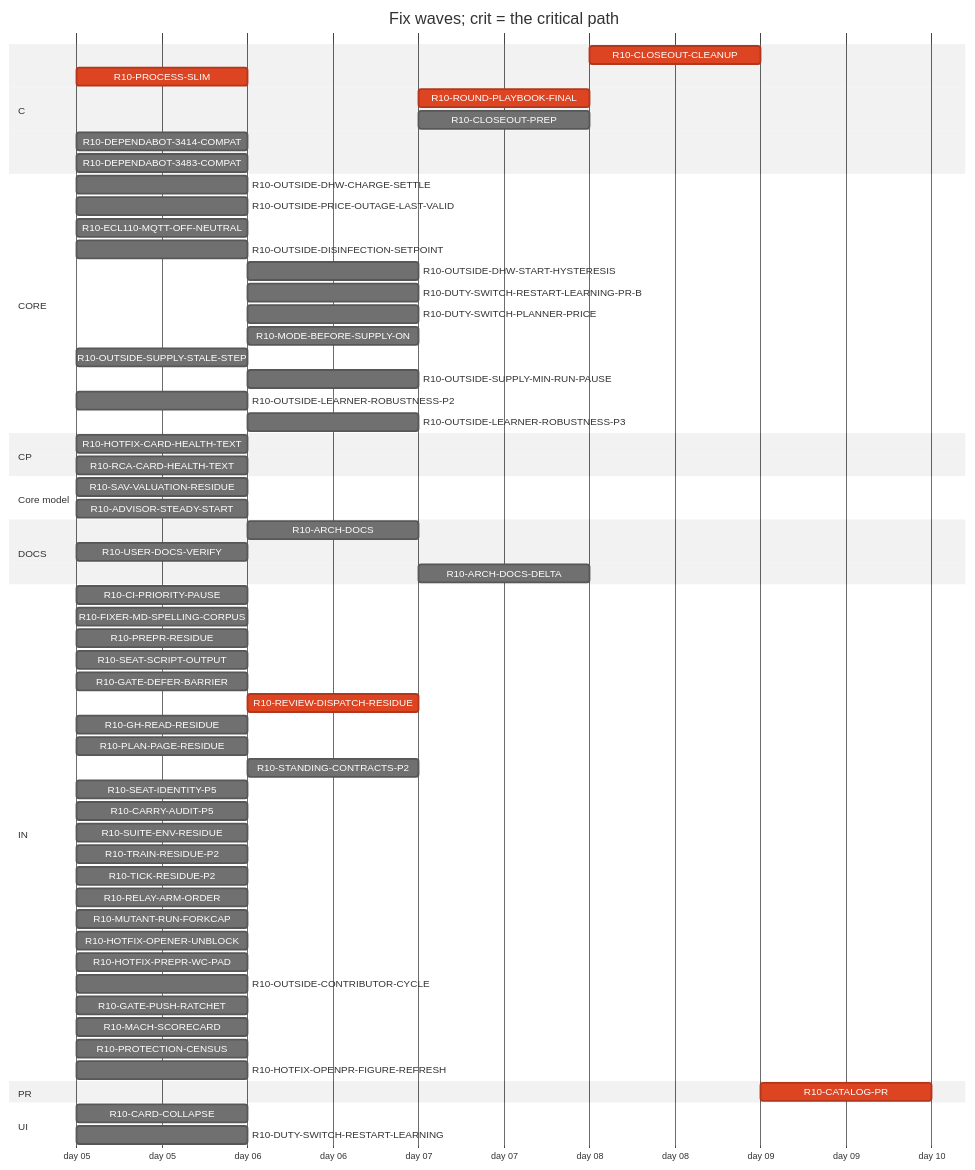
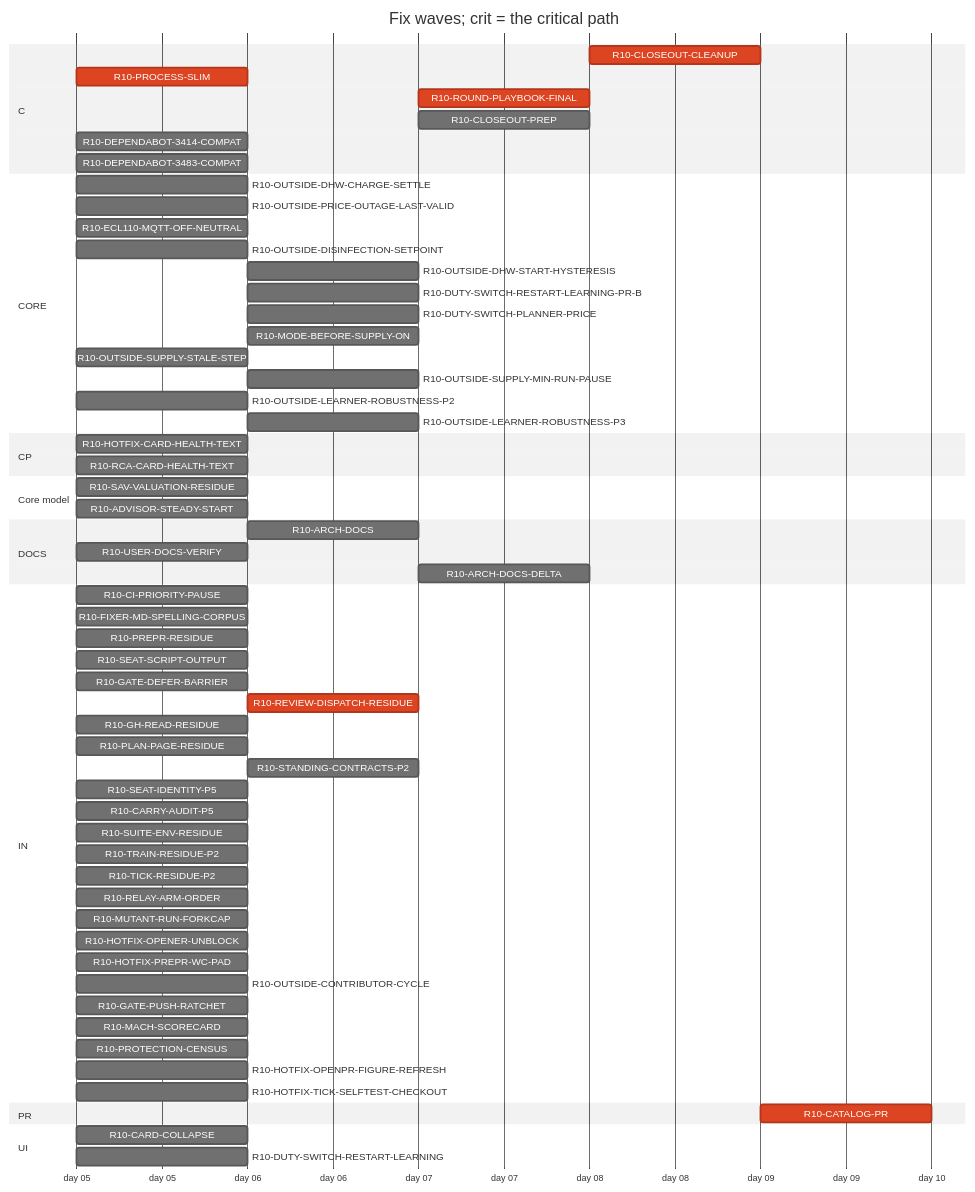
Before and after one commit to tvofi/heatpump_optimizer: the diagram in handoff/round10/state/PLAN-TABLE.md, drawn with Mermaid (neutral theme). The commit also changed other lines of this file and 4 other files, not shown here.

Commit message:
state: FLOW-BOARD.md, NEXT-SESSION-PROMPT.md, PLAN-TABLE.md, PLAN.html, RESUME-CURRENT.md regenerated (state_docs.py)

````diff
--- a/handoff/round10/state/PLAN-TABLE.md
+++ b/handoff/round10/state/PLAN-TABLE.md
@@ -21,65 +21,66 @@
 ```mermaid
 gantt
   title Fix waves; crit = the critical path
   dateFormat YYYY-MM-DD
   axisFormat day %d
   section C
     R10-CLOSEOUT-CLEANUP :crit, r10CLOSEOUTCLEANUP, after r10ARCHDOCS r10USERDOCSVERIFY r10ROUNDPLAYBOOKFINAL r10CLOSEOUTPREP r10ARCHDOCSDELTA, 1d
     R10-PROCESS-SLIM :crit, r10PROCESSSLIM, 2026-01-05, 1d
     R10-ROUND-PLAYBOOK-FINAL :crit, r10ROUNDPLAYBOOKFINAL, after r10PROCESSSLIM r10FIXERMDSPELLINGCORPUS r10PREPRRESIDUE r10SEATSCRIPTOUTPUT r10REVIEWDISPATCHRESIDUE r10CARRYAUDITP5 r10SEATIDENTITYP5 r10STANDINGCONTRACTSP2 r10PLANPAGERESIDUE r10GHREADRESIDUE r10SUITEENVRESIDUE r10GATEDEFERBARRIER, 1d
     R10-CLOSEOUT-PREP :r10CLOSEOUTPREP, after r10ARCHDOCS r10PROCESSSLIM r10FIXERMDSPELLINGCORPUS r10PREPRRESIDUE r10SEATSCRIPTOUTPUT r10REVIEWDISPATCHRESIDUE r10CARRYAUDITP5 r10SEATIDENTITYP5 r10STANDINGCONTRACTSP2 r10PLANPAGERESIDUE r10GHREADRESIDUE r10SUITEENVRESIDUE r10GATEDEFERBARRIER, 1d
     R10-DEPENDABOT-3414-COMPAT :r10DEPENDABOT3414COMPAT, 2026-01-05, 1d
     R10-DEPENDABOT-3483-COMPAT :r10DEPENDABOT3483COMPAT, 2026-01-05, 1d
   section CORE
     R10-OUTSIDE-DHW-CHARGE-SETTLE :r10OUTSIDEDHWCHARGESETTLE, 2026-01-05, 1d
     R10-OUTSIDE-PRICE-OUTAGE-LAST-VALID :r10OUTSIDEPRICEOUTAGELASTVALID, 2026-01-05, 1d
     R10-ECL110-MQTT-OFF-NEUTRAL :r10ECL110MQTTOFFNEUTRAL, 2026-01-05, 1d
     R10-OUTSIDE-DISINFECTION-SETPOINT :r10OUTSIDEDISINFECTIONSETPOINT, 2026-01-05, 1d
     R10-OUTSIDE-DHW-START-HYSTERESIS :r10OUTSIDEDHWSTARTHYSTERESIS, after r10OUTSIDEDISINFECTIONSETPOINT, 1d
     R10-DUTY-SWITCH-RESTART-LEARNING-PR-B :r10DUTYSWITCHRESTARTLEARNINGPRB, after r10DUTYSWITCHRESTARTLEARNING, 1d
     R10-DUTY-SWITCH-PLANNER-PRICE :r10DUTYSWITCHPLANNERPRICE, after r10DUTYSWITCHRESTARTLEARNING, 1d
     R10-MODE-BEFORE-SUPPLY-ON :r10MODEBEFORESUPPLYON, after r10DUTYSWITCHRESTARTLEARNING, 1d
     R10-OUTSIDE-SUPPLY-STALE-STEP :r10OUTSIDESUPPLYSTALESTEP, 2026-01-05, 1d
     R10-OUTSIDE-SUPPLY-MIN-RUN-PAUSE :r10OUTSIDESUPPLYMINRUNPAUSE, after r10OUTSIDESUPPLYSTALESTEP, 1d
     R10-OUTSIDE-LEARNER-ROBUSTNESS-P2 :r10OUTSIDELEARNERROBUSTNESSP2, 2026-01-05, 1d
     R10-OUTSIDE-LEARNER-ROBUSTNESS-P3 :r10OUTSIDELEARNERROBUSTNESSP3, after r10OUTSIDELEARNERROBUSTNESSP2, 1d
   section CP
     R10-HOTFIX-CARD-HEALTH-TEXT :r10HOTFIXCARDHEALTHTEXT, 2026-01-05, 1d
     R10-RCA-CARD-HEALTH-TEXT :r10RCACARDHEALTHTEXT, 2026-01-05, 1d
   section Core model
     R10-SAV-VALUATION-RESIDUE :r10SAVVALUATIONRESIDUE, 2026-01-05, 1d
     R10-ADVISOR-STEADY-START :r10ADVISORSTEADYSTART, 2026-01-05, 1d
   section DOCS
     R10-ARCH-DOCS :r10ARCHDOCS, after r10PROCESSSLIM, 1d
     R10-USER-DOCS-VERIFY :r10USERDOCSVERIFY, 2026-01-05, 1d
     R10-ARCH-DOCS-DELTA :r10ARCHDOCSDELTA, after r10ARCHDOCS r10SAVVALUATIONRESIDUE r10ADVISORSTEADYSTART, 1d
   section IN
     R10-CI-PRIORITY-PAUSE :r10CIPRIORITYPAUSE, 2026-01-05, 1d
     R10-FIXER-MD-SPELLING-CORPUS :r10FIXERMDSPELLINGCORPUS, 2026-01-05, 1d
     R10-PREPR-RESIDUE :r10PREPRRESIDUE, 2026-01-05, 1d
     R10-SEAT-SCRIPT-OUTPUT :r10SEATSCRIPTOUTPUT, 2026-01-05, 1d
     R10-GATE-DEFER-BARRIER :r10GATEDEFERBARRIER, 2026-01-05, 1d
     R10-REVIEW-DISPATCH-RESIDUE :crit, r10REVIEWDISPATCHRESIDUE, after r10PROCESSSLIM, 1d
     R10-GH-READ-RESIDUE :r10GHREADRESIDUE, 2026-01-05, 1d
     R10-PLAN-PAGE-RESIDUE :r10PLANPAGERESIDUE, 2026-01-05, 1d
     R10-STANDING-CONTRACTS-P2 :r10STANDINGCONTRACTSP2, after r10FIXERMDSPELLINGCORPUS, 1d
     R10-SEAT-IDENTITY-P5 :r10SEATIDENTITYP5, 2026-01-05, 1d
     R10-CARRY-AUDIT-P5 :r10CARRYAUDITP5, 2026-01-05, 1d
     R10-SUITE-ENV-RESIDUE :r10SUITEENVRESIDUE, 2026-01-05, 1d
     R10-TRAIN-RESIDUE-P2 :r10TRAINRESIDUEP2, 2026-01-05, 1d
     R10-TICK-RESIDUE-P2 :r10TICKRESIDUEP2, 2026-01-05, 1d
     R10-RELAY-ARM-ORDER :r10RELAYARMORDER, 2026-01-05, 1d
     R10-MUTANT-RUN-FORKCAP :r10MUTANTRUNFORKCAP, 2026-01-05, 1d
     R10-HOTFIX-OPENER-UNBLOCK :r10HOTFIXOPENERUNBLOCK, 2026-01-05, 1d
     R10-HOTFIX-PREPR-WC-PAD :r10HOTFIXPREPRWCPAD, 2026-01-05, 1d
     R10-OUTSIDE-CONTRIBUTOR-CYCLE :r10OUTSIDECONTRIBUTORCYCLE, 2026-01-05, 1d
     R10-GATE-PUSH-RATCHET :r10GATEPUSHRATCHET, 2026-01-05, 1d
     R10-MACH-SCORECARD :r10MACHSCORECARD, 2026-01-05, 1d
     R10-PROTECTION-CENSUS :r10PROTECTIONCENSUS, 2026-01-05, 1d
     R10-HOTFIX-OPENPR-FIGURE-REFRESH :r10HOTFIXOPENPRFIGUREREFRESH, 2026-01-05, 1d
+    R10-HOTFIX-TICK-SELFTEST-CHECKOUT :r10HOTFIXTICKSELFTESTCHECKOUT, 2026-01-05, 1d
   section PR
     R10-CATALOG-PR :crit, r10CATALOGPR, after r10USERDOCSVERIFY r10ARCHDOCS r10ROUNDPLAYBOOKFINAL r10CLOSEOUTCLEANUP r10CLOSEOUTPREP r10ARCHDOCSDELTA, 1d
   section UI
     R10-CARD-COLLAPSE :r10CARDCOLLAPSE, 2026-01-05, 1d
     R10-DUTY-SWITCH-RESTART-LEARNING :r10DUTYSWITCHRESTARTLEARNING, 2026-01-05, 1d
 ```
````
